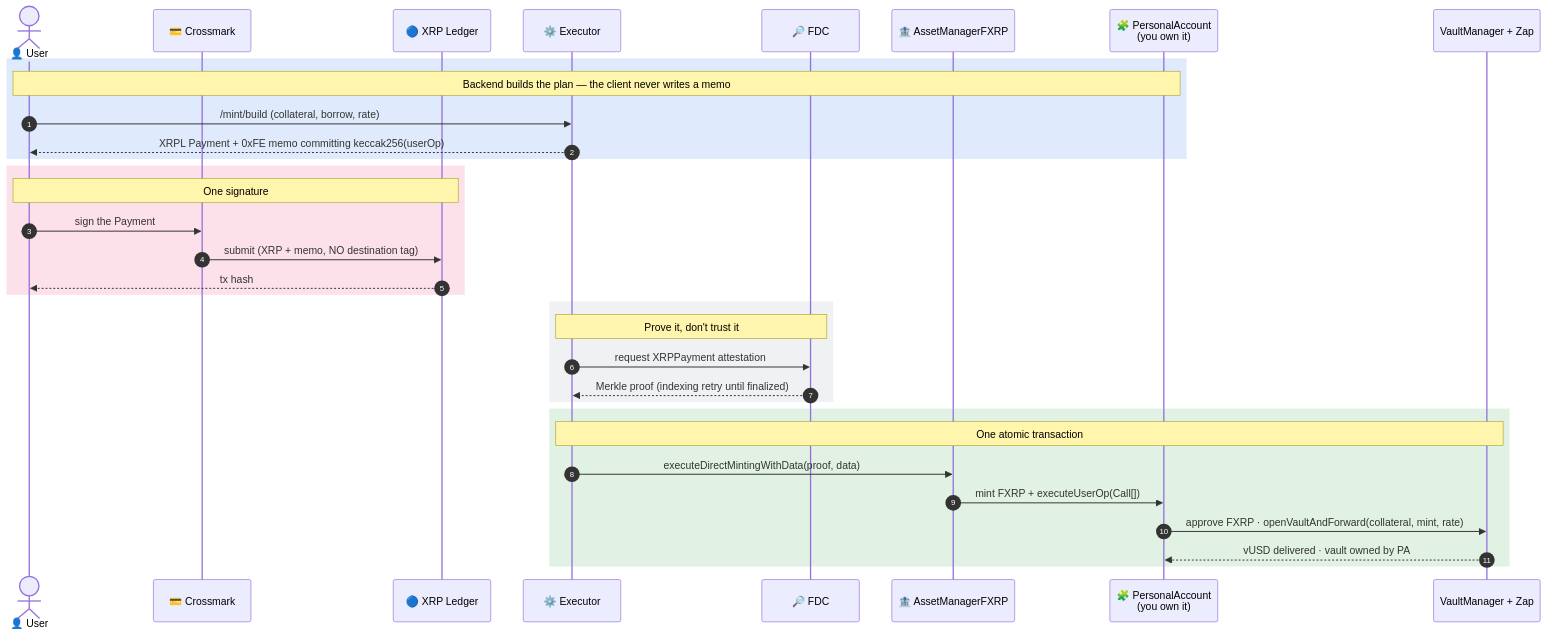
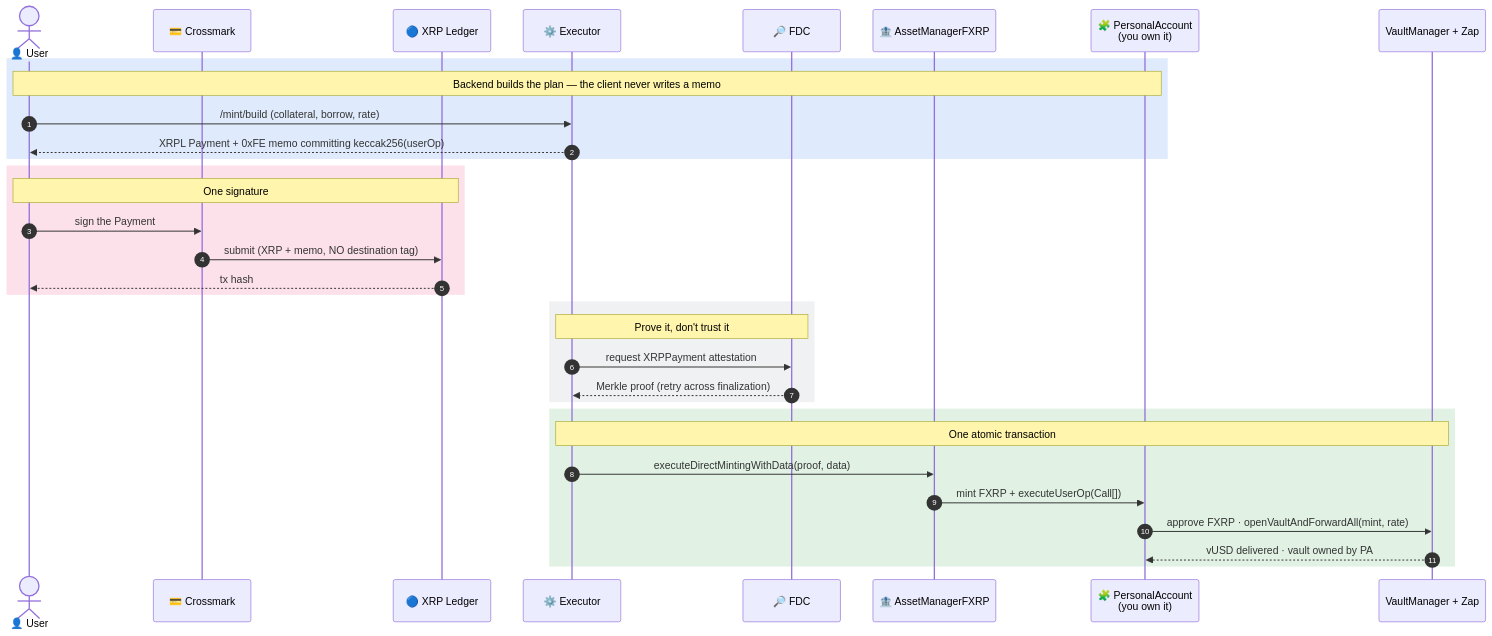
The fourth of 9 diagrams in README.md (Lexirieru/vulcra), drawn with Mermaid before and after one commit. The commit also changed other lines of this file and 6 other files, not shown here.

````diff
--- a/README.md
+++ b/README.md
@@ -141,39 +218,39 @@
 ```mermaid
 sequenceDiagram
     autonumber
     actor U as 👤 User
     participant CM as 💳 Crossmark
     participant XRPL as 🔵 XRP Ledger
     participant EX as ⚙️ Executor
     participant FDC as 🔎 FDC
     participant AM as 🏦 AssetManagerFXRP
     participant PA as 🧩 PersonalAccount<br/>(you own it)
     participant VM as VaultManager + Zap
 
     rect rgba(31, 111, 235, 0.14)
     Note over U,PA: Backend builds the plan — the client never writes a memo
     U->>EX: /mint/build (collateral, borrow, rate)
     EX-->>U: XRPL Payment + 0xFE memo committing keccak256(userOp)
     end
 
     rect rgba(230, 25, 91, 0.13)
     Note over U,XRPL: One signature
     U->>CM: sign the Payment
     CM->>XRPL: submit (XRP + memo, NO destination tag)
     XRPL-->>U: tx hash
     end
 
     rect rgba(128, 142, 158, 0.12)
     Note over EX,FDC: Prove it, don't trust it
     EX->>FDC: request XRPPayment attestation
-    FDC-->>EX: Merkle proof (indexing retry until finalized)
+    FDC-->>EX: Merkle proof (retry across finalization)
     end
 
     rect rgba(46, 160, 67, 0.14)
     Note over EX,VM: One atomic transaction
     EX->>AM: executeDirectMintingWithData(proof, data)
     AM->>PA: mint FXRP + executeUserOp(Call[])
-    PA->>VM: approve FXRP · openVaultAndForward(collateral, mint, rate)
+    PA->>VM: approve FXRP · openVaultAndForwardAll(mint, rate)
     VM-->>PA: vUSD delivered · vault owned by PA
     end
 ```
````
